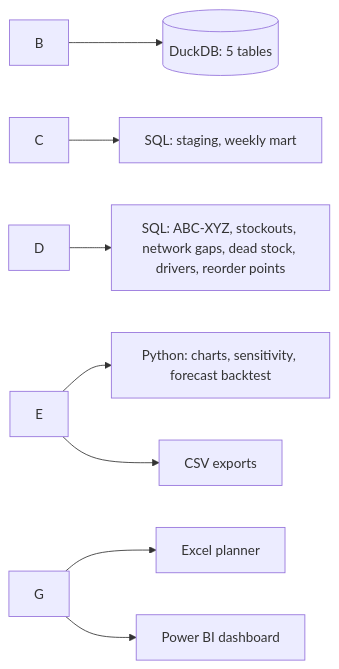
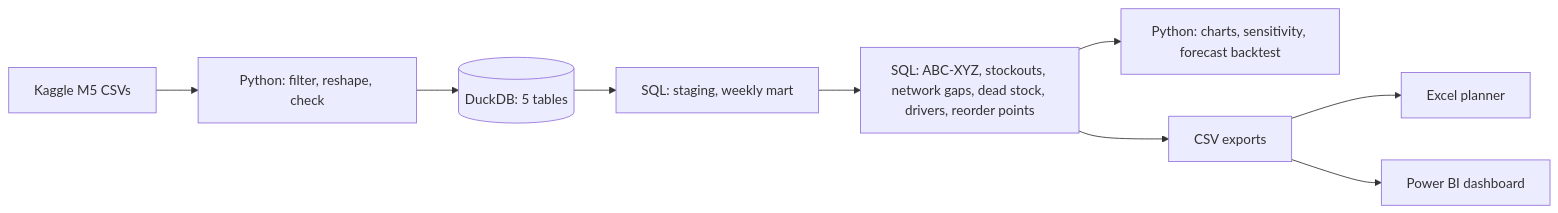
The diagram in README.md (farah-annisa/inventory-health-analysis), drawn with Mermaid before and after one commit. The commit also changed other lines of this file, not shown here.

````diff
--- a/README.md
+++ b/README.md
@@ -94,12 +96,11 @@
 ```mermaid
 flowchart LR
-
-B --> C\[(DuckDB: 5 tables)]
-C --> D\[SQL: staging, weekly mart]
-D --> E\[SQL: ABC-XYZ, stockouts, network gaps, dead stock, drivers, reorder points]
-E --> F\[Python: charts, sensitivity, forecast backtest]
-E --> G\[CSV exports]
-G --> H\[Excel planner]
-G --> I\[Power BI dashboard]
-
+  A[Kaggle M5 CSVs] --> B[Python: filter, reshape, check]
+  B --> C[(DuckDB: 5 tables)]
+  C --> D[SQL: staging, weekly mart]
+  D --> E[SQL: ABC-XYZ, stockouts, network gaps, dead stock, drivers, reorder points]
+  E --> F[Python: charts, sensitivity, forecast backtest]
+  E --> G[CSV exports]
+  G --> H[Excel planner]
+  G --> I[Power BI dashboard]
 ```
````
